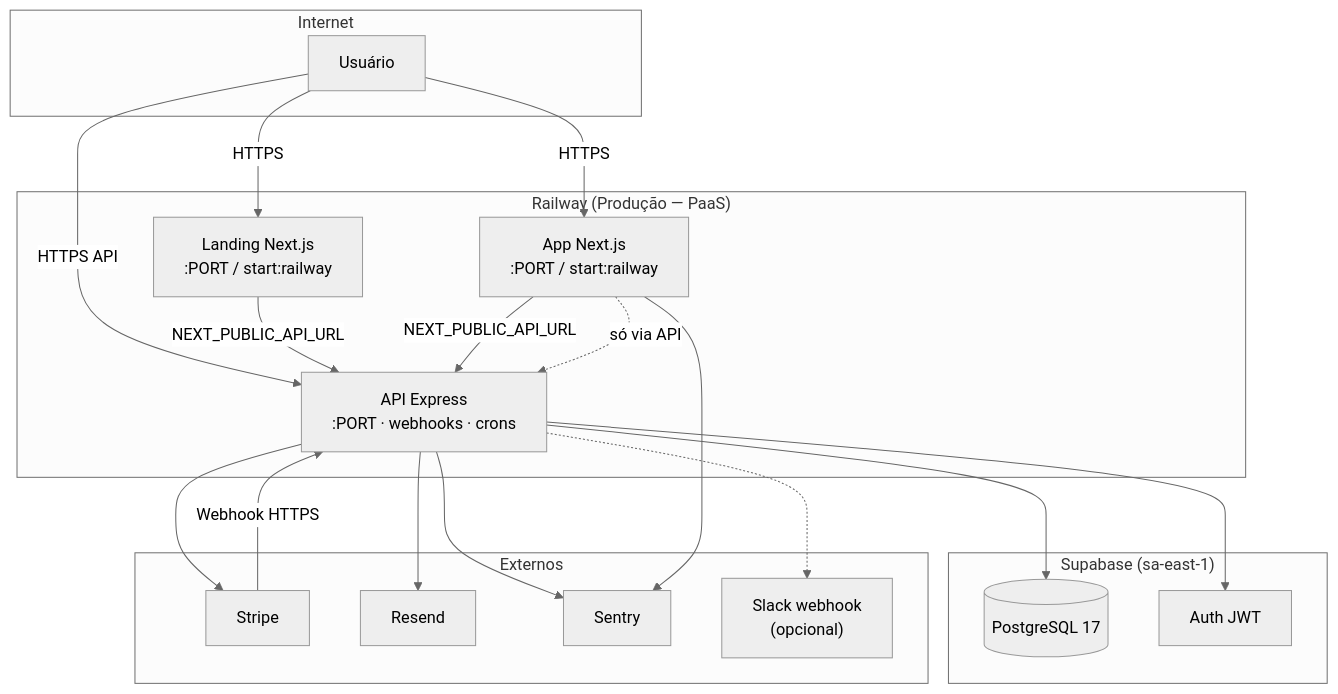
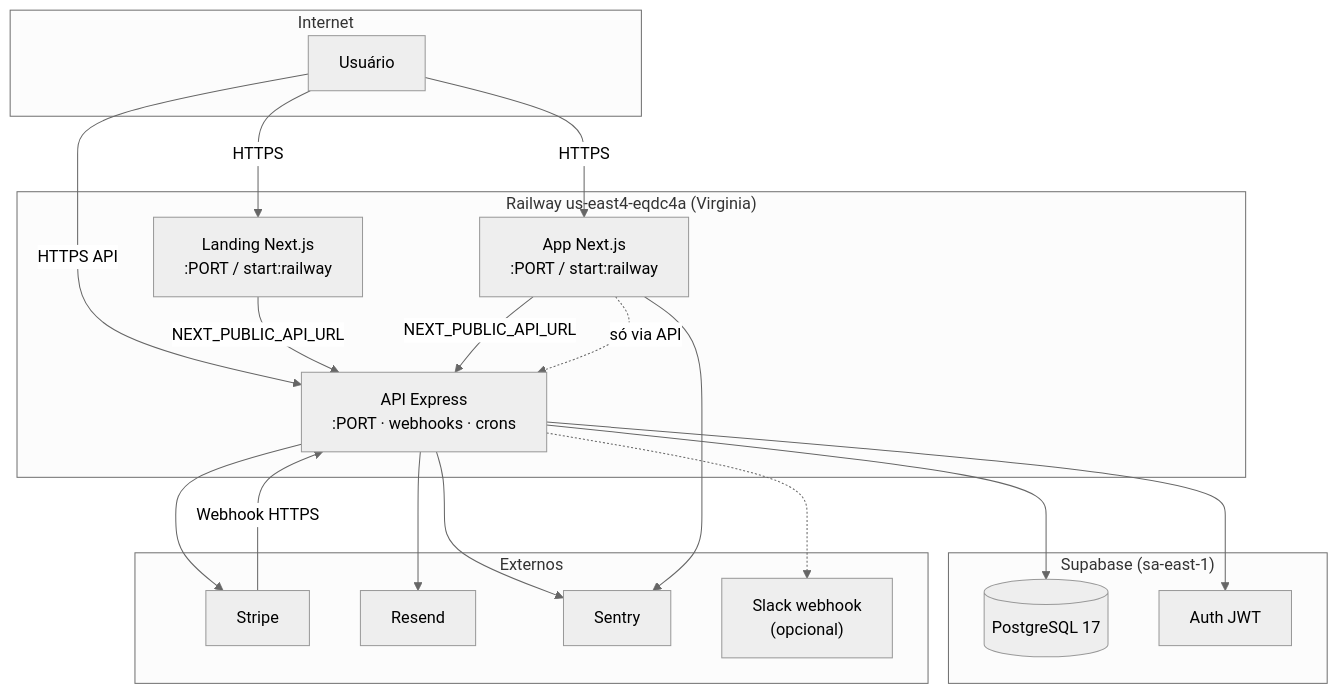
One commit to vinic-asouza/flock changed the first of 2 diagrams in docs/03_arquitetura/infraestrutura.md. Above: the diagram before and after it, drawn with Mermaid (neutral theme). The commit also changed other lines of this file and 2 other files, not shown here.

First line of the commit message:
docs(infra): record Railway us-east4 region

````diff
--- a/docs/03_arquitetura/infraestrutura.md
+++ b/docs/03_arquitetura/infraestrutura.md
@@ -35,41 +35,41 @@
 ```mermaid
 flowchart TB
   subgraph internet ["Internet"]
     user["Usuário"]
   end
 
-  subgraph railway ["Railway (Produção — PaaS)"]
+  subgraph railway ["Railway us-east4-eqdc4a (Virginia)"]
     landing_svc["Landing Next.js\n:PORT / start:railway"]
     web_svc["App Next.js\n:PORT / start:railway"]
     api_svc["API Express\n:PORT · webhooks · crons"]
   end
 
   subgraph supabase ["Supabase (sa-east-1)"]
     pg[("PostgreSQL 17")]
     auth["Auth JWT"]
   end
 
   subgraph external ["Externos"]
     stripe["Stripe"]
     resend["Resend"]
     sentry["Sentry"]
     slack["Slack webhook\n(opcional)"]
   end
 
   user -->|"HTTPS"| landing_svc
   user -->|"HTTPS"| web_svc
   user -->|"HTTPS API"| api_svc
   stripe -->|"Webhook HTTPS"| api_svc
 
   landing_svc -->|"NEXT_PUBLIC_API_URL"| api_svc
   web_svc -->|"NEXT_PUBLIC_API_URL"| api_svc
 
   api_svc --> pg
   api_svc --> auth
   web_svc -.->|"só via API"| api_svc
   api_svc --> stripe
   api_svc --> resend
   api_svc --> sentry
   web_svc --> sentry
   api_svc -.-> slack
 ```
````
